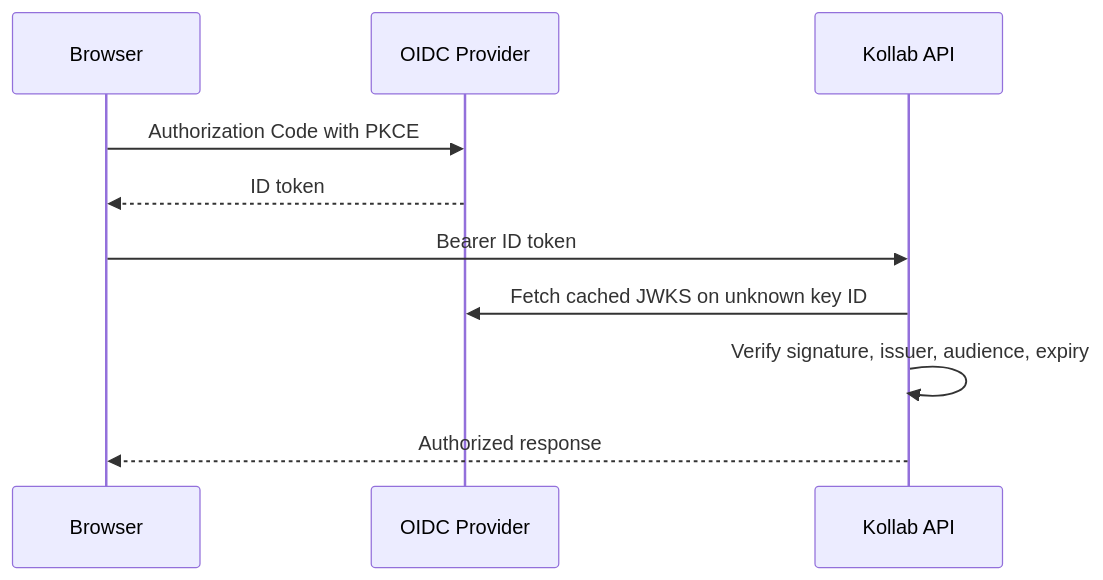
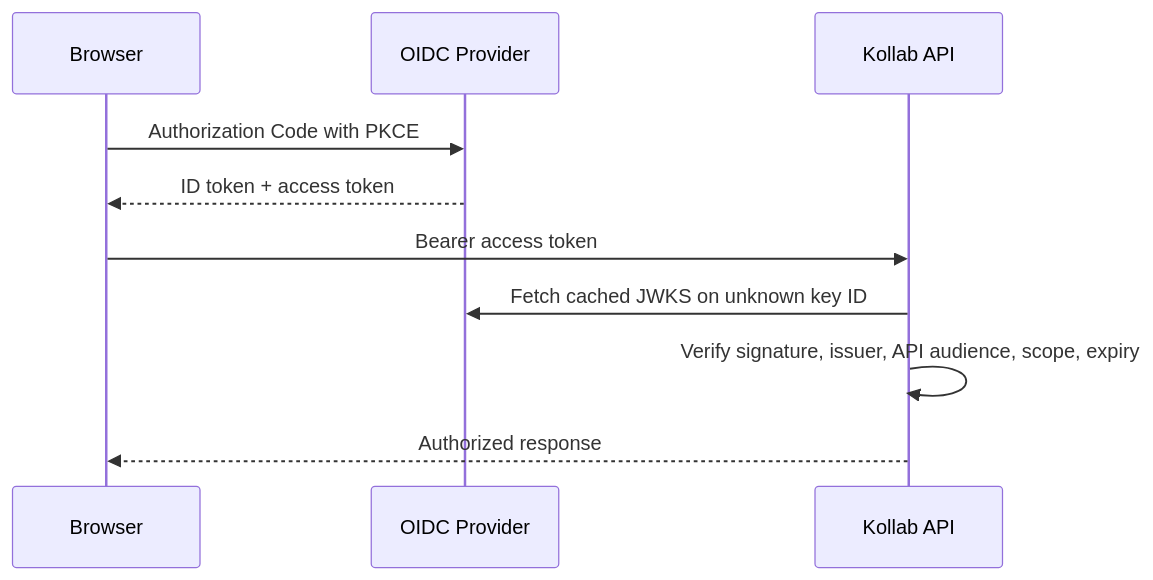
The diagram in design/24_oidc_authentication.md (WTIGER001/kollab), drawn with Mermaid before and after one commit. The commit also changed other lines of this file and 11 other files, not shown here.

Commit message:
security: require scoped OIDC API access tokens

````diff
--- a/design/24_oidc_authentication.md
+++ b/design/24_oidc_authentication.md
@@ -5,12 +5,12 @@
 ```mermaid
 sequenceDiagram
   participant Browser
   participant IdP as OIDC Provider
   participant API as Kollab API
   Browser->>IdP: Authorization Code with PKCE
-  IdP-->>Browser: ID token
-  Browser->>API: Bearer ID token
+  IdP-->>Browser: ID token + access token
+  Browser->>API: Bearer access token
   API->>IdP: Fetch cached JWKS on unknown key ID
-  API->>API: Verify signature, issuer, audience, expiry
+  API->>API: Verify signature, issuer, API audience, scope, expiry
   API-->>Browser: Authorized response
 ```
````
